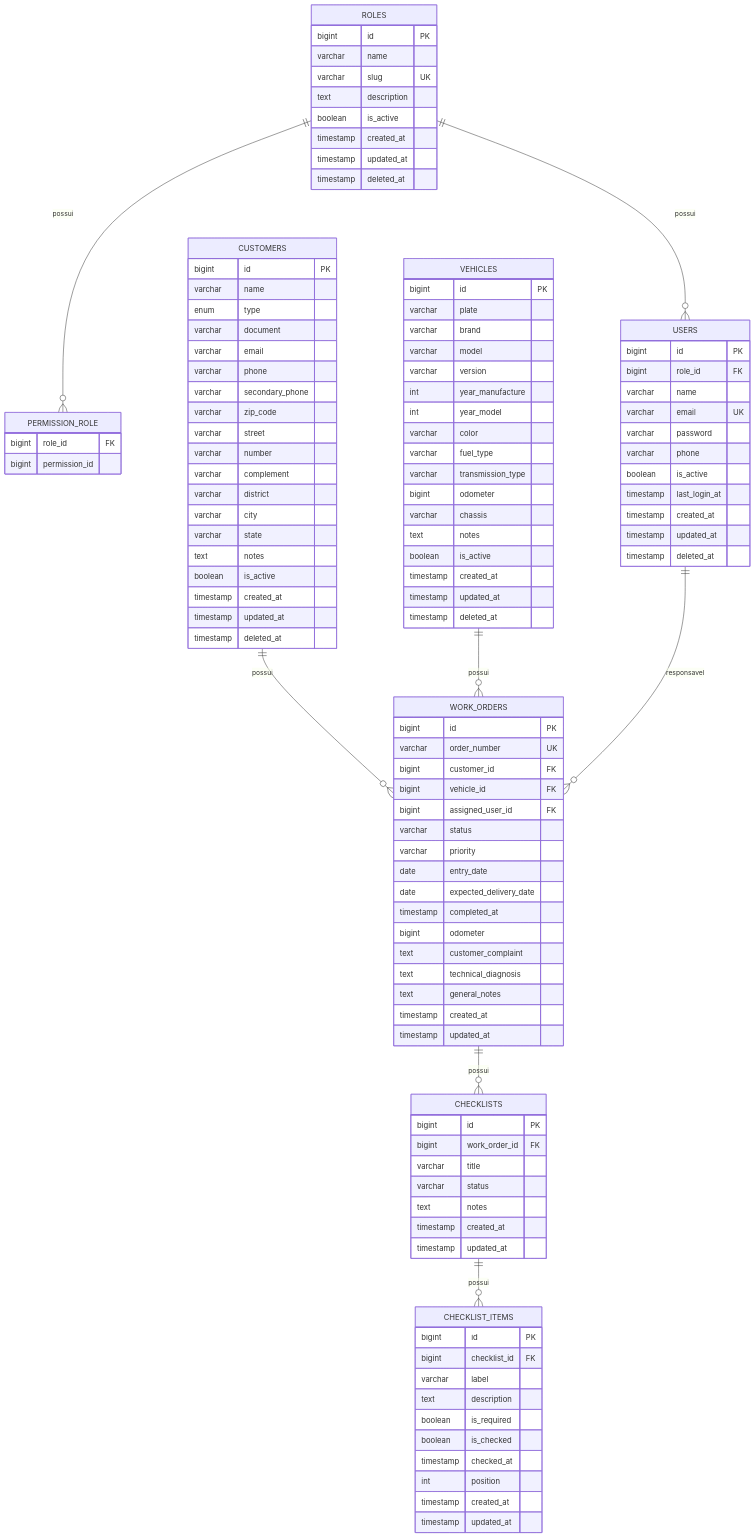
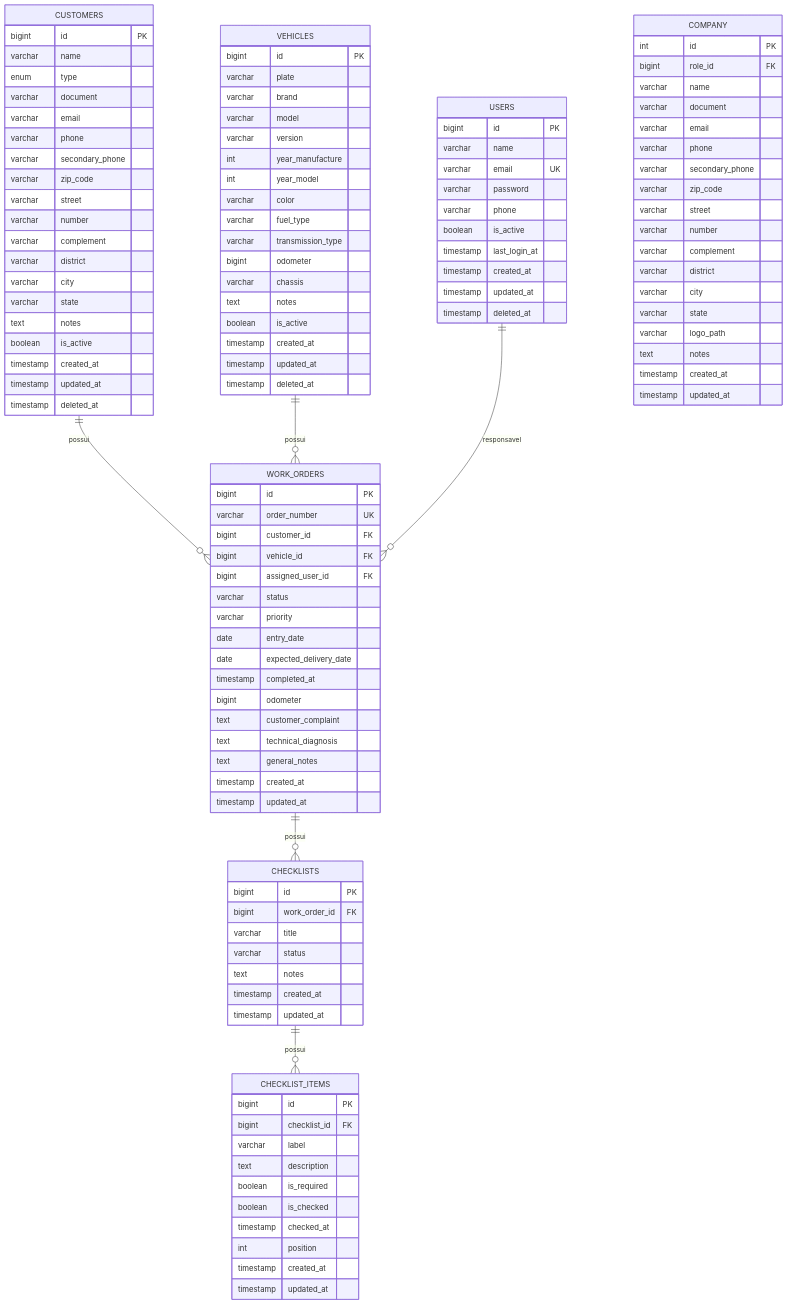
Before and after one commit to henryvitoreti/mini-saas: the second of 2 diagrams in docs/database-erd.md, drawn with Mermaid. The commit also changed 3 other files, not shown here.

````diff
--- a/docs/database-erd.md
+++ b/docs/database-erd.md
@@ -47,24 +64,7 @@
 ```mermaid
 erDiagram
-    ROLES {
-        bigint id PK
-        varchar name
-        varchar slug UK
-        text description
-        boolean is_active
-        timestamp created_at
-        timestamp updated_at
-        timestamp deleted_at
-    }
-
-    PERMISSION_ROLE {
-        bigint role_id FK
-        bigint permission_id
-    }
-
     USERS {
         bigint id PK
-        bigint role_id FK
         varchar name
         varchar email UK
         varchar password
@@ -160,8 +160,27 @@
         timestamp updated_at
     }
 
-    ROLES ||--o{ USERS : "possui"
-    ROLES ||--o{ PERMISSION_ROLE : "possui"
+    COMPANY {
+        int id PK
+        bigint role_id FK
+        varchar name
+        varchar document
+        varchar email
+        varchar phone
+        varchar secondary_phone
+        varchar zip_code
+        varchar street
+        varchar number
+        varchar complement
+        varchar district
+        varchar city
+        varchar state
+        varchar logo_path
+        text notes
+        timestamp created_at
+        timestamp updated_at
+    }
+
     CUSTOMERS ||--o{ WORK_ORDERS : "possui"
     VEHICLES ||--o{ WORK_ORDERS : "possui"
     USERS ||--o{ WORK_ORDERS : "responsavel"
````
